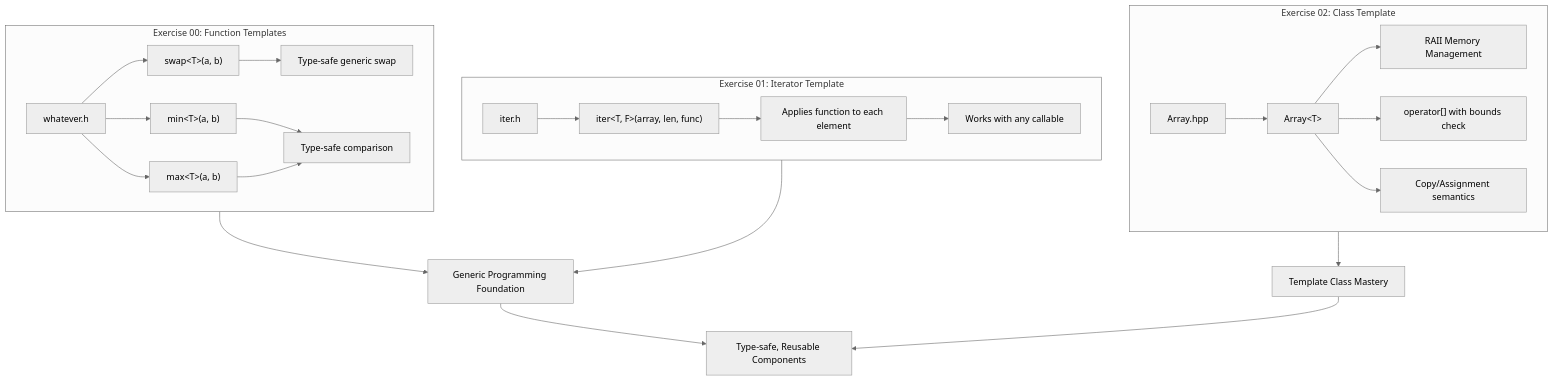
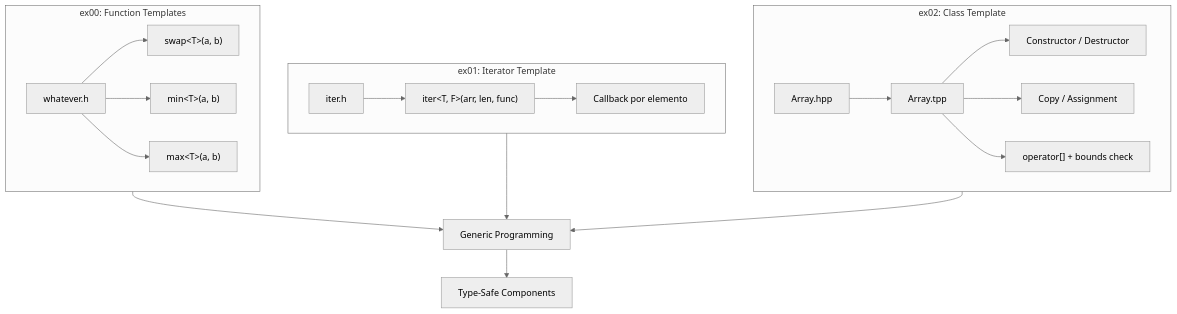
Before and after one commit to samuelhm/CPP-MODULE-07: the diagram in README.md, drawn with Mermaid (neutral theme). The commit also changed other lines of this file, not shown here.

````diff
--- a/README.md
+++ b/README.md
@@ -33,30 +46,29 @@
 ```mermaid
 flowchart TB
-    subgraph Ex00["Exercise 00: Function Templates"]
-        A[whatever.h] --> B["swap&lt;T&gt;(a, b)"]
-        A --> C["min&lt;T&gt;(a, b)"]
-        A --> D["max&lt;T&gt;(a, b)"]
-        B --> E["Type-safe generic swap"]
-        C --> F["Type-safe comparison"]
-        D --> F
+    subgraph EX00["ex00: Function Templates"]
+        WH["whatever.h"]
+        WH --> SW["swap&lt;T&gt;(a, b)"]
+        WH --> MN["min&lt;T&gt;(a, b)"]
+        WH --> MX["max&lt;T&gt;(a, b)"]
     end
 
-    subgraph Ex01["Exercise 01: Iterator Template"]
-        G[iter.h] --> H["iter&lt;T, F&gt;(array, len, func)"]
-        H --> I["Applies function to each element"]
-        I --> J["Works with any callable"]
+    subgraph EX01["ex01: Iterator Template"]
+        IT["iter.h"]
+        IT --> FN["iter&lt;T, F&gt;(arr, len, func)"]
+        FN --> CB["Callback por elemento"]
     end
 
-    subgraph Ex02["Exercise 02: Class Template"]
-        K[Array.hpp] --> L["Array&lt;T&gt;"]
-        L --> M["RAII Memory Management"]
-        L --> N["operator[] with bounds check"]
-        L --> O["Copy/Assignment semantics"]
+    subgraph EX02["ex02: Class Template"]
+        AH["Array.hpp"]
+        AT["Array.tpp"]
+        AH --> AT
+        AT --> CT["Constructor / Destructor"]
+        AT --> CC["Copy / Assignment"]
+        AT --> OP["operator[] + bounds check"]
     end
 
-    Ex00 --> P["Generic Programming Foundation"]
-    Ex01 --> P
-    Ex02 --> Q["Template Class Mastery"]
-    P --> R["Type-safe, Reusable Components"]
-    Q --> R
+    EX00 --> GP["Generic Programming"]
+    EX01 --> GP
+    EX02 --> GP
+    GP --> TS["Type-Safe Components"]
 ```
````
